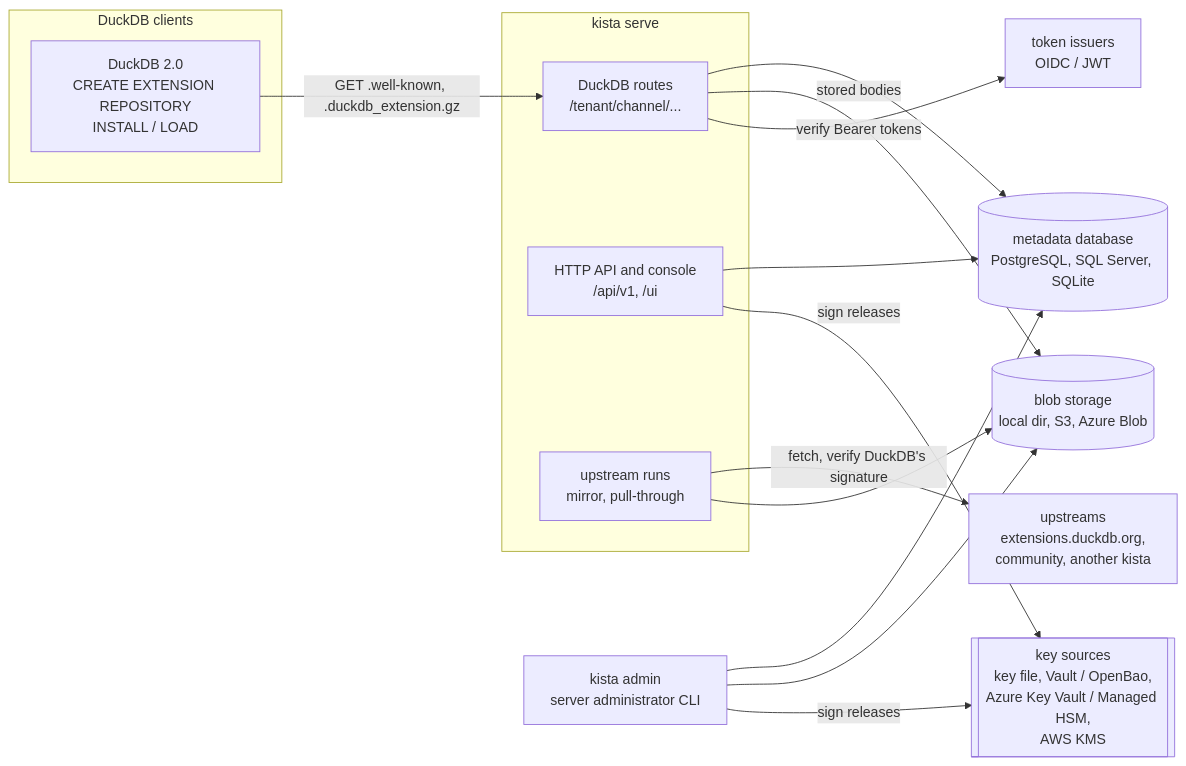
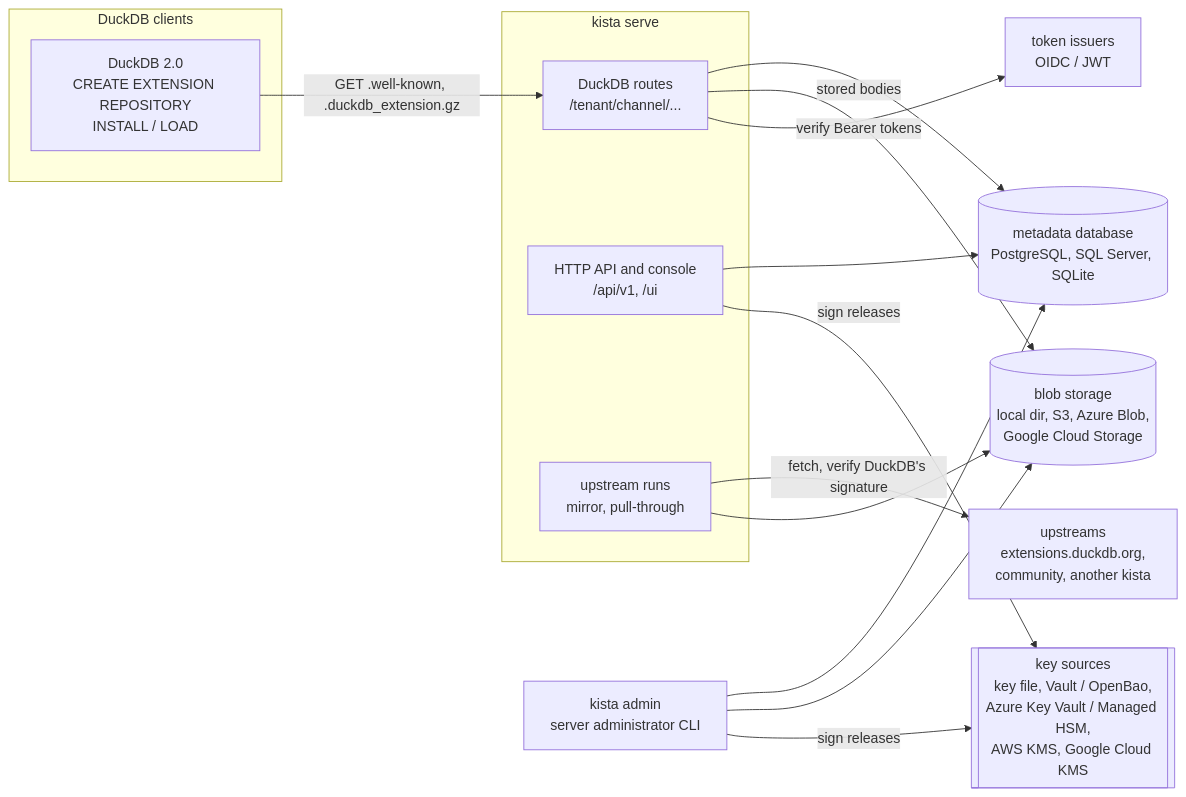
The diagram in website/docs/index.md (hugr-lab/duckdb-extension-repository), drawn with Mermaid before and after one commit. The commit also changed 31 other files, not shown here.

First line of the commit message:
0004 phase 4 and 0005 phase 3b: Google Cloud KMS and GCS

````diff
--- a/website/docs/index.md
+++ b/website/docs/index.md
@@ -43,29 +43,29 @@
 ```mermaid
 flowchart LR
   subgraph clients[DuckDB clients]
     duck[DuckDB 2.0<br/>CREATE EXTENSION REPOSITORY<br/>INSTALL / LOAD]
   end
   subgraph kista[kista serve]
     serve[DuckDB routes<br/>/tenant/channel/...]
     api[HTTP API and console<br/>/api/v1, /ui]
     runs[upstream runs<br/>mirror, pull-through]
   end
   admin[kista admin<br/>server administrator CLI]
   db[(metadata database<br/>PostgreSQL, SQL Server, SQLite)]
-  blob[(blob storage<br/>local dir, S3, Azure Blob)]
-  keys[[key sources<br/>key file, Vault / OpenBao,<br/>Azure Key Vault / Managed HSM,<br/>AWS KMS]]
+  blob[(blob storage<br/>local dir, S3, Azure Blob,<br/>Google Cloud Storage)]
+  keys[[key sources<br/>key file, Vault / OpenBao,<br/>Azure Key Vault / Managed HSM,<br/>AWS KMS, Google Cloud KMS]]
   up[upstreams<br/>extensions.duckdb.org,<br/>community, another kista]
   idp[token issuers<br/>OIDC / JWT]
 
   duck -- "GET .well-known, .duckdb_extension.gz" --> serve
   serve --> db
   serve -- "stored bodies" --> blob
   api --> db
   admin --> db
   admin --> blob
   runs -- "fetch, verify DuckDB's signature" --> up
   runs --> blob
   api -- "sign releases" --> keys
   admin -- "sign releases" --> keys
   serve -- "verify Bearer tokens" --> idp
 ```
````
